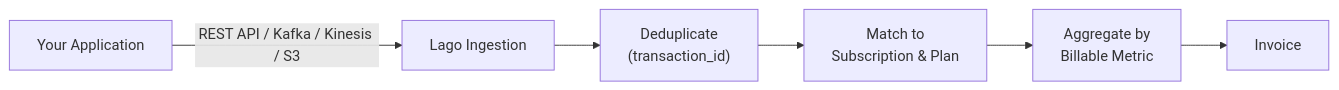
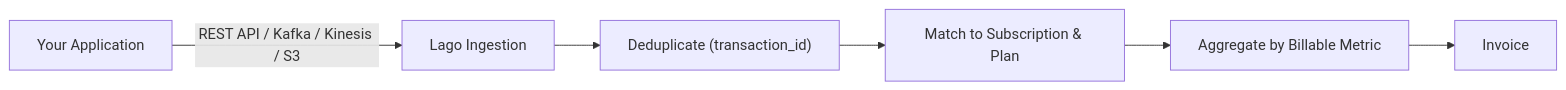
Before and after one commit to getlago/lago-doc: the first of 2 diagrams in guide/events/ingesting-usage.mdx, drawn with Mermaid. The commit also changed other lines of this file and 6 other files, not shown here.

````diff
--- a/guide/events/ingesting-usage.mdx
+++ b/guide/events/ingesting-usage.mdx
@@ -10,8 +10,8 @@
 ```mermaid
 flowchart LR
     A["Your Application"] -->|"REST API / Kafka / Kinesis / S3"| B["Lago Ingestion"]
-    B --> C["Deduplicate\n(transaction_id)"]
-    C --> D["Match to\nSubscription & Plan"]
-    D --> E["Aggregate by\nBillable Metric"]
+    B --> C["Deduplicate (transaction_id)"]
+    C --> D["Match to Subscription & Plan"]
+    D --> E["Aggregate by Billable Metric"]
     E --> F["Invoice"]
 ```
````
